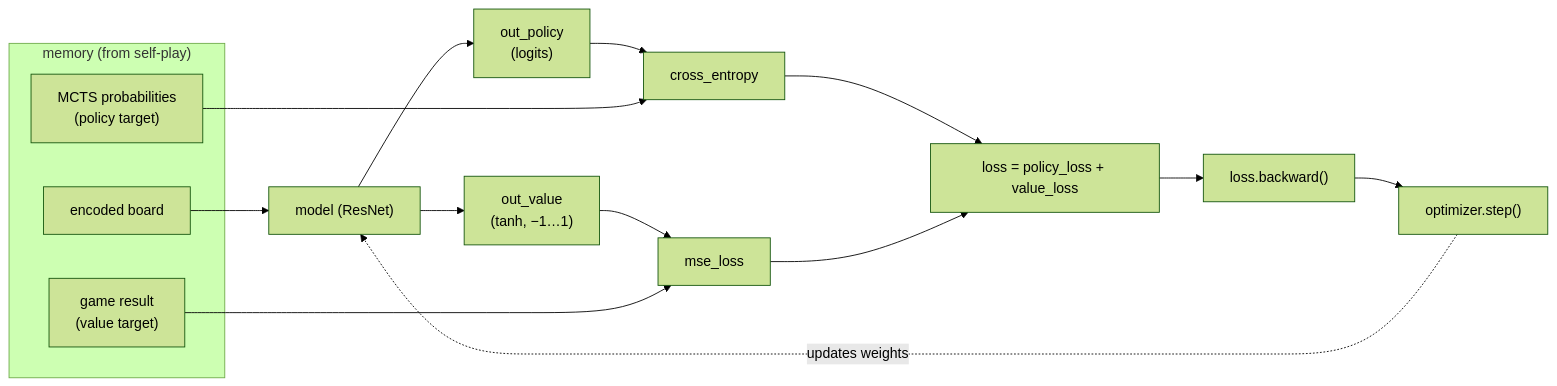
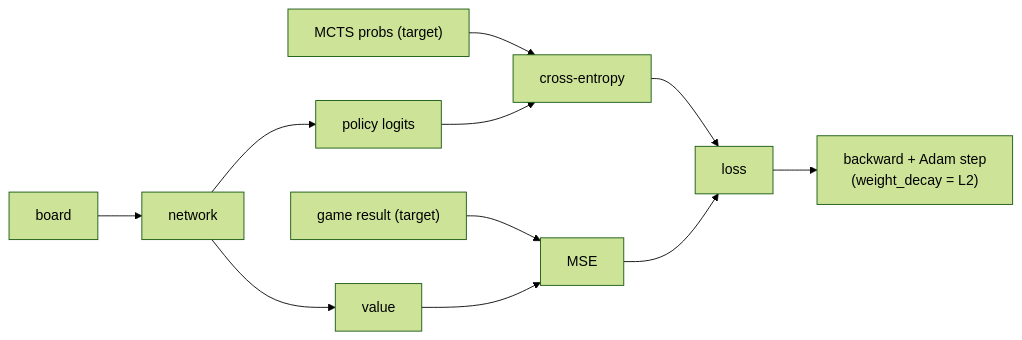
One commit to Sanchit1248/AlphaZero changed the fourth of 5 diagrams in FLOWCHART.md. Above: the diagram before and after it, drawn with Mermaid (forest theme). The commit also changed other lines of this file and 1 other file, not shown here.

First line of the commit message:
Update README and flowcharts to match the current project

````diff
--- a/FLOWCHART.md
+++ b/FLOWCHART.md
@@ -111,23 +57,13 @@
 ```mermaid
 flowchart LR
-    subgraph Memory["memory (from self-play)"]
-        Board["encoded board"]
-        PT["MCTS probabilities<br/>(policy target)"]
-        VT["game result<br/>(value target)"]
-    end
-
-    Board --> Model["model (ResNet)"]
-    Model --> OP["out_policy<br/>(logits)"]
-    Model --> OV["out_value<br/>(tanh, −1…1)"]
-
-    OP --> CE["cross_entropy"]
-    PT --> CE
-    OV --> MSE["mse_loss"]
-    VT --> MSE
-
-    CE --> L["loss = policy_loss + value_loss"]
+    Board["board"] --> Model["network"]
+    Model --> OP["policy logits"]
+    Model --> OV["value"]
+    PT["MCTS probs (target)"] --> CE["cross-entropy"]
+    OP --> CE
+    VT["game result (target)"] --> MSE["MSE"]
+    OV --> MSE
+    CE --> L["loss"]
     MSE --> L
-    L --> BW["loss.backward()"]
-    BW --> Step["optimizer.step()"]
-    Step -. "updates weights" .-> Model
+    L --> Opt["backward + Adam step<br/>(weight_decay = L2)"]
 ```
````
